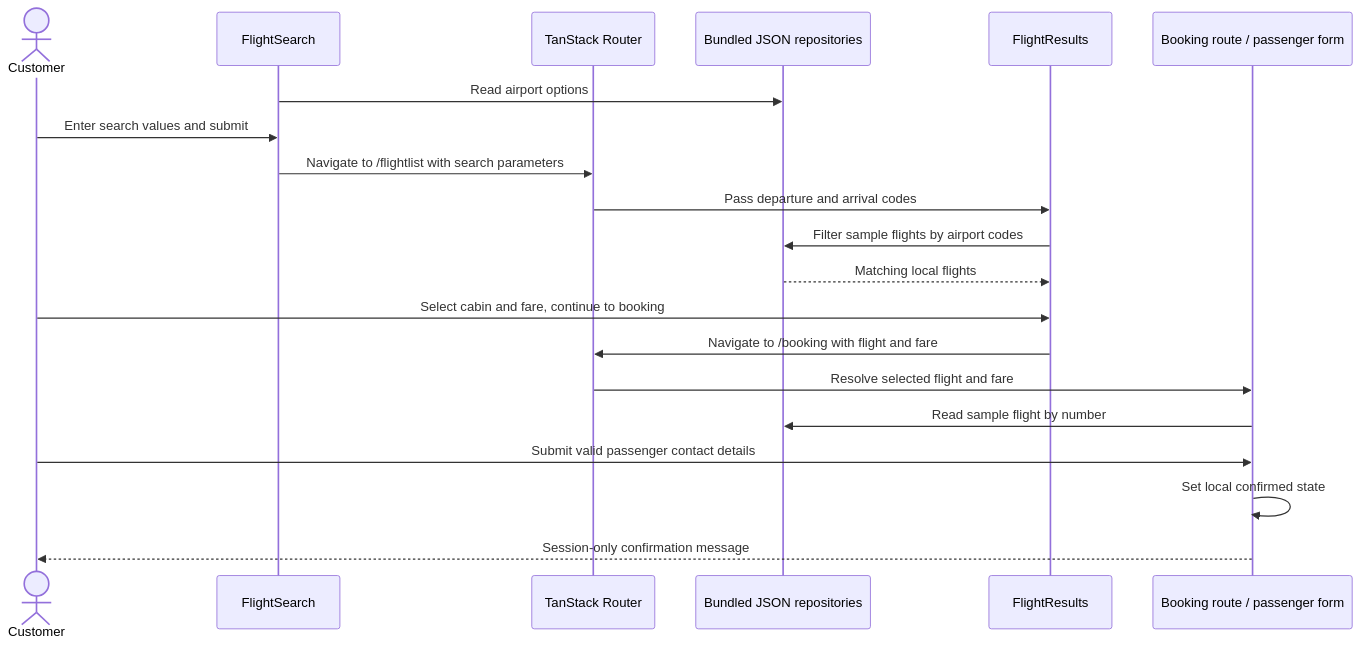
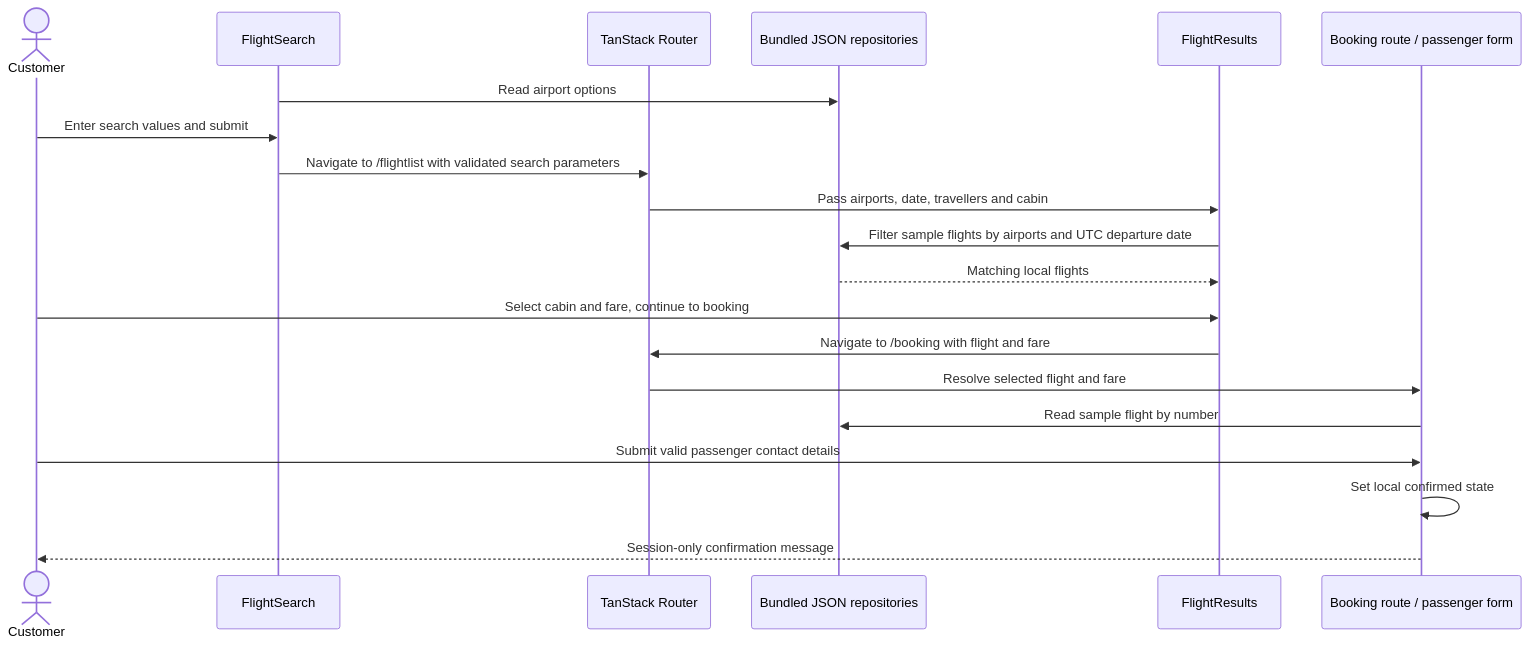
One commit to mgorczyca12/polonia-airlines changed the diagram in docs/architecture/frontend.md. Above: the diagram before and after it, drawn with Mermaid. The commit also changed other lines of this file and 61 other files, not shown here.

First line of the commit message:
Redesign flight search and results screens

````diff
--- a/docs/architecture/frontend.md
+++ b/docs/architecture/frontend.md
@@ -40,22 +64,22 @@
 ```mermaid
 sequenceDiagram
     actor Customer
     participant Search as FlightSearch
     participant Router as TanStack Router
     participant Data as Bundled JSON repositories
     participant Results as FlightResults
     participant Booking as Booking route / passenger form
     Search->>Data: Read airport options
     Customer->>Search: Enter search values and submit
-    Search->>Router: Navigate to /flightlist with search parameters
-    Router->>Results: Pass departure and arrival codes
-    Results->>Data: Filter sample flights by airport codes
+    Search->>Router: Navigate to /flightlist with validated search parameters
+    Router->>Results: Pass airports, date, travellers and cabin
+    Results->>Data: Filter sample flights by airports and UTC departure date
     Data-->>Results: Matching local flights
     Customer->>Results: Select cabin and fare, continue to booking
     Results->>Router: Navigate to /booking with flight and fare
     Router->>Booking: Resolve selected flight and fare
     Booking->>Data: Read sample flight by number
     Customer->>Booking: Submit valid passenger contact details
     Booking->>Booking: Set local confirmed state
     Booking-->>Customer: Session-only confirmation message
 ```
````
